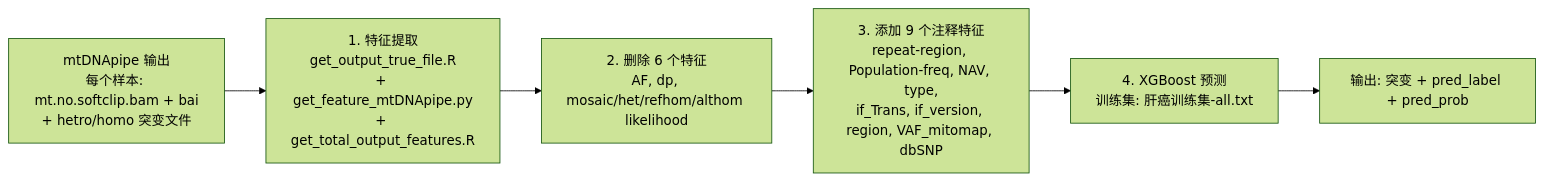
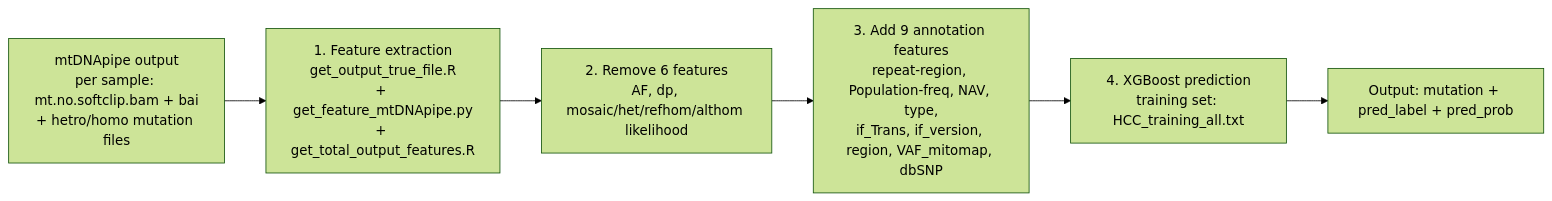
One commit to FMMU-Xing-Lab/MitoVeritas changed the diagram in README.md. Above: the diagram before and after it, drawn with Mermaid (forest theme). The commit also changed other lines of this file, not shown here.

````diff
--- a/README.md
+++ b/README.md
@@ -9,8 +9,8 @@
 ```mermaid
 flowchart LR
-    A[mtDNApipe 输出<br/>每个样本: mt.no.softclip.bam + bai<br/>+ hetro/homo 突变文件] --> B[1. 特征提取<br/>get_output_true_file.R<br/>+ get_feature_mtDNApipe.py<br/>+ get_total_output_features.R]
-    B --> C[2. 删除 6 个特征<br/>AF, dp, mosaic/het/refhom/althom likelihood]
-    C --> D[3. 添加 9 个注释特征<br/>repeat-region, Population-freq, NAV, type,<br/>if_Trans, if_version, region, VAF_mitomap, dbSNP]
-    D --> E[4. XGBoost 预测<br/>训练集: 肝癌训练集-all.txt]
-    E --> F[输出: 突变 + pred_label + pred_prob]
+    A[mtDNApipe output<br/>per sample: mt.no.softclip.bam + bai<br/>+ hetro/homo mutation files] --> B[1. Feature extraction<br/>get_output_true_file.R<br/>+ get_feature_mtDNApipe.py<br/>+ get_total_output_features.R]
+    B --> C[2. Remove 6 features<br/>AF, dp, mosaic/het/refhom/althom likelihood]
+    C --> D[3. Add 9 annotation features<br/>repeat-region, Population-freq, NAV, type,<br/>if_Trans, if_version, region, VAF_mitomap, dbSNP]
+    D --> E[4. XGBoost prediction<br/>training set: HCC_training_all.txt]
+    E --> F[Output: mutation + pred_label + pred_prob]
 ```
````
